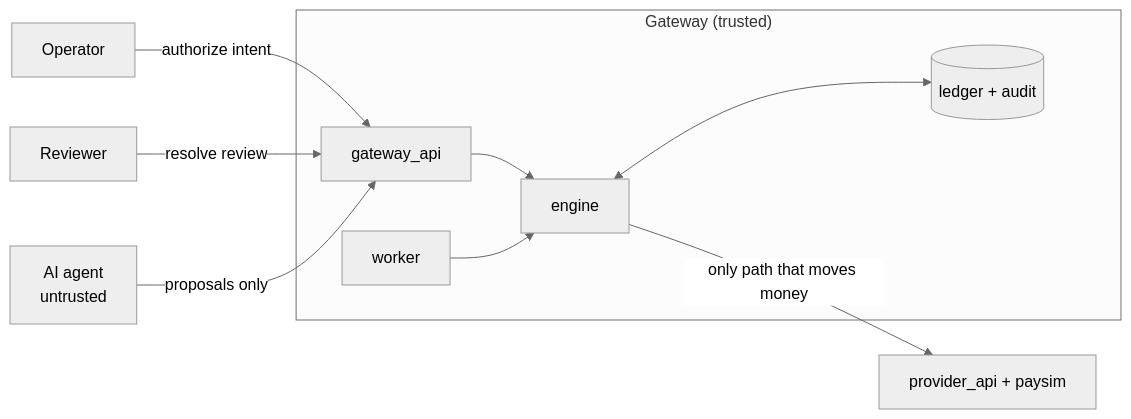
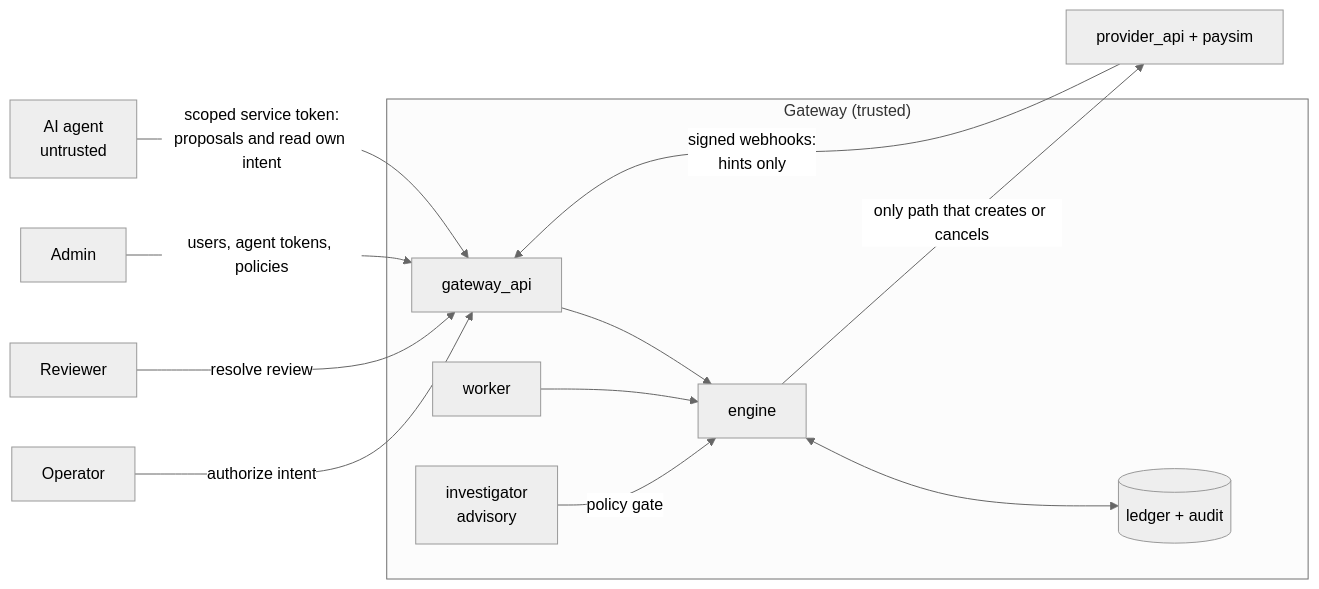
Before and after one commit to tanush091/IntentGuard-Safe-Transaction-Execution-for-Financial-AI-Agents: the diagram in docs/architecture/overview.md, drawn with Mermaid (neutral theme). The commit also changed other lines of this file and 48 other files, not shown here.

````diff
--- a/docs/architecture/overview.md
+++ b/docs/architecture/overview.md
@@ -35,12 +59,15 @@
 ```mermaid
 flowchart LR
     OP[Operator] -->|authorize intent| API
     RV[Reviewer] -->|resolve review| API
-    AG[AI agent<br/>untrusted] -->|proposals only| API
+    AD[Admin] -->|users, agent tokens, policies| API
+    AG[AI agent<br/>untrusted] -->|scoped service token:<br/>proposals and read own intent| API
+    PROV -->|signed webhooks:<br/>hints only| API
     subgraph Trusted["Gateway (trusted)"]
         API[gateway_api] --> ENG[engine]
         WK[worker] --> ENG
+        INV[investigator<br/>advisory] -->|policy gate| ENG
         ENG <--> DB[(ledger + audit)]
     end
-    ENG -->|only path that moves money| PROV[provider_api + paysim]
+    ENG -->|only path that creates or cancels| PROV[provider_api + paysim]
 ```
````
